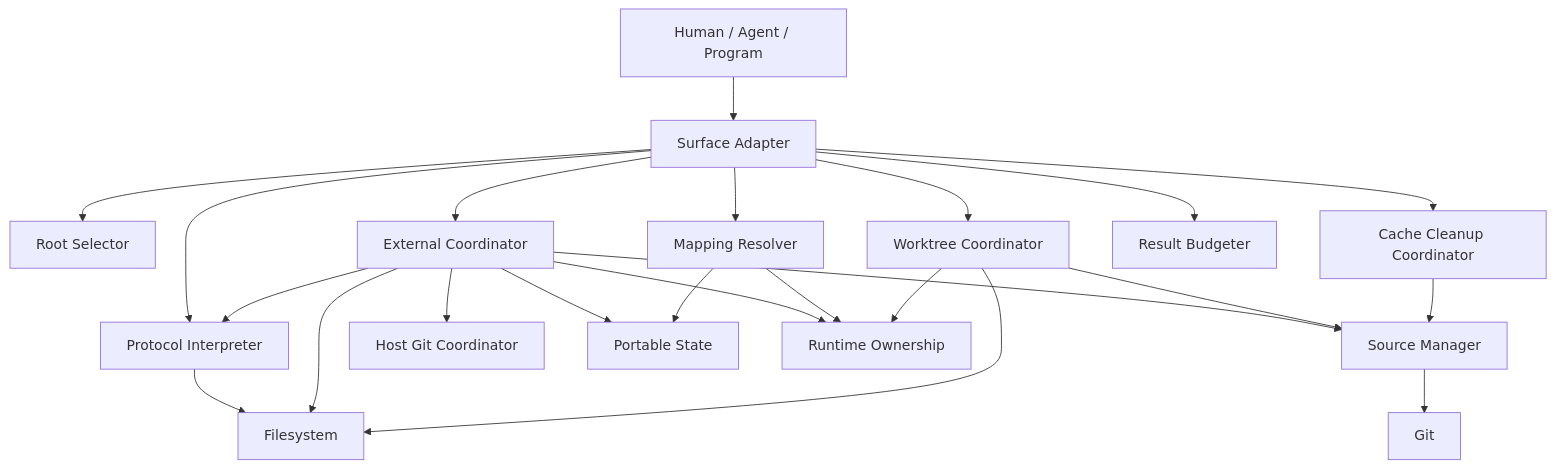
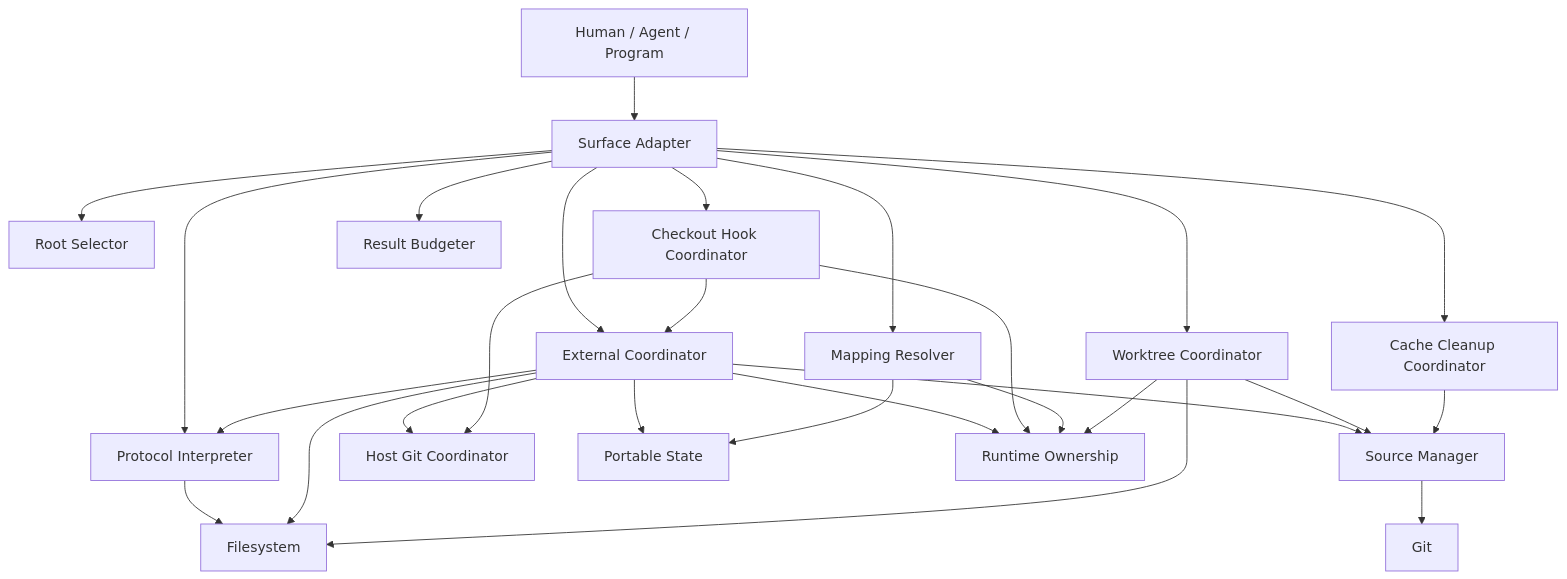
One commit to Viennan/doctidex changed the diagram in docs/doctidex-git/architecture/system/components-and-dependencies.md. Above: the diagram before and after it, drawn with Mermaid. The commit also changed other lines of this file and 24 other files, not shown here.

Commit message:
add git post-checkout hook

````diff
--- a/docs/doctidex-git/architecture/system/components-and-dependencies.md
+++ b/docs/doctidex-git/architecture/system/components-and-dependencies.md
@@ -9,25 +9,29 @@
 ```mermaid
 flowchart TD
     U[Human / Agent / Program] --> SF[Surface Adapter]
     SF --> RS[Root Selector]
     SF --> PI[Protocol Interpreter]
     SF --> EI[External Coordinator]
+    SF --> HC[Checkout Hook Coordinator]
     SF --> MR[Mapping Resolver]
     SF --> WT[Worktree Coordinator]
     SF --> CC[Cache Cleanup Coordinator]
     SF --> RB[Result Budgeter]
     EI --> SM[Source Manager]
     EI --> HG[Host Git Coordinator]
     EI --> PS[Portable State]
     EI --> RT[Runtime Ownership]
     EI --> PI
+    HC --> EI
+    HC --> RT
+    HC --> HG
     MR --> PS
     MR --> RT
     WT --> SM
     WT --> RT
     CC --> SM
     SM --> G[Git]
     PI --> F[Filesystem]
     EI --> F
     WT --> F
 ```
````
